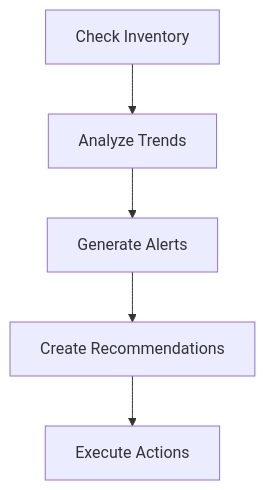
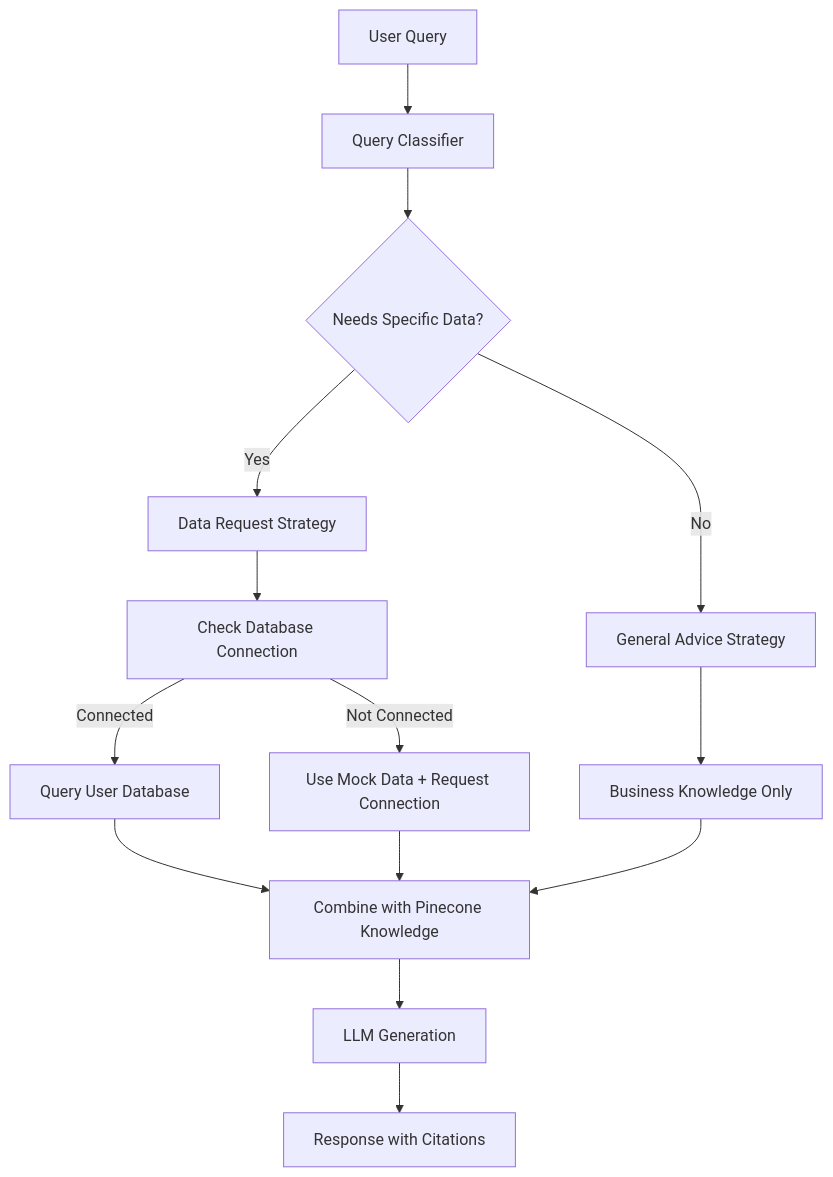
Before and after one commit to Dprof-in-tech/peppasync-langchain: the third of 3 diagrams in README.md, drawn with Mermaid. The commit also changed other lines of this file and 8 other files, not shown here.

First line of the commit message:
feat: Enhance database management and query classification

````diff
--- a/README.md
+++ b/README.md
@@ -105,7 +113,21 @@
 ```mermaid
 graph TD
-    A[Check Inventory] --> B[Analyze Trends]
-    B --> C[Generate Alerts]
-    C --> D[Create Recommendations]
-    D --> E[Execute Actions]
+    A[User Query] --> B[Query Classifier]
+    B --> C{Needs Specific Data?}
+
+    C -->|Yes| D[Data Request Strategy]
+    C -->|No| E[General Advice Strategy]
+
+    D --> F[Check Database Connection]
+    F -->|Connected| G[Query User Database]
+    F -->|Not Connected| H[Use Mock Data + Request Connection]
+
+    E --> I[Business Knowledge Only]
+
+    G --> J[Combine with Pinecone Knowledge]
+    H --> J
+    I --> J
+
+    J --> K[LLM Generation]
+    K --> L[Response with Citations]
 ```
````
